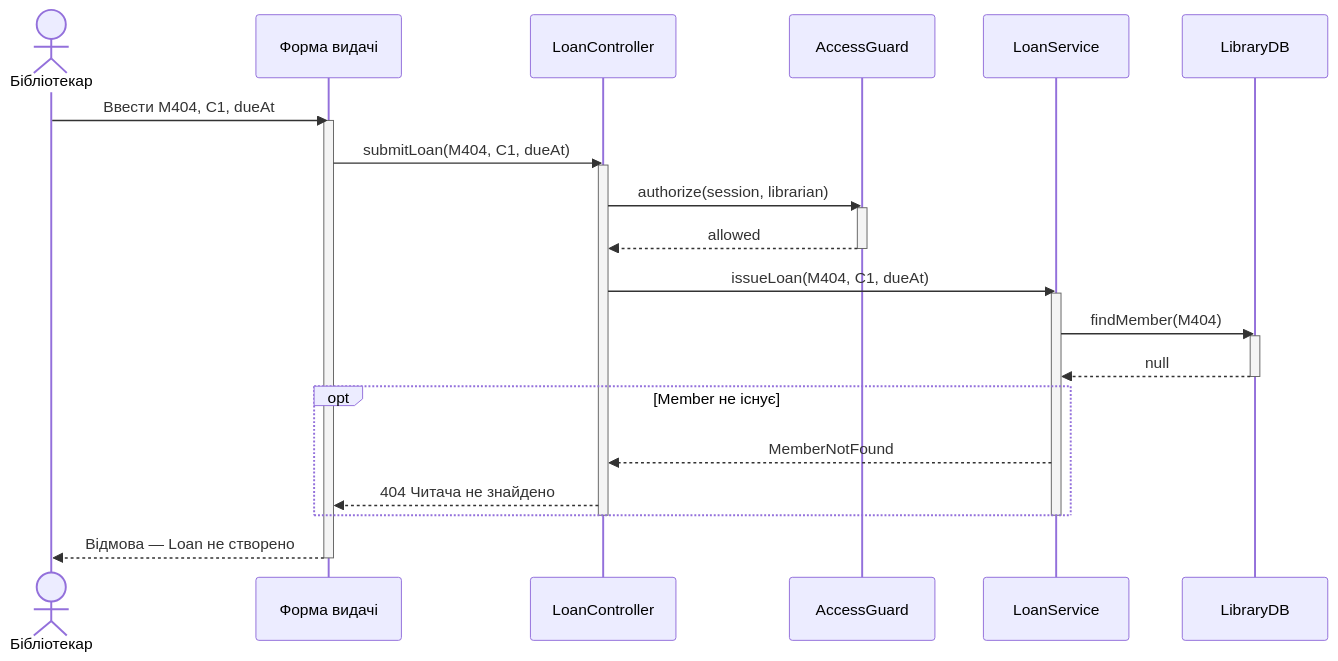
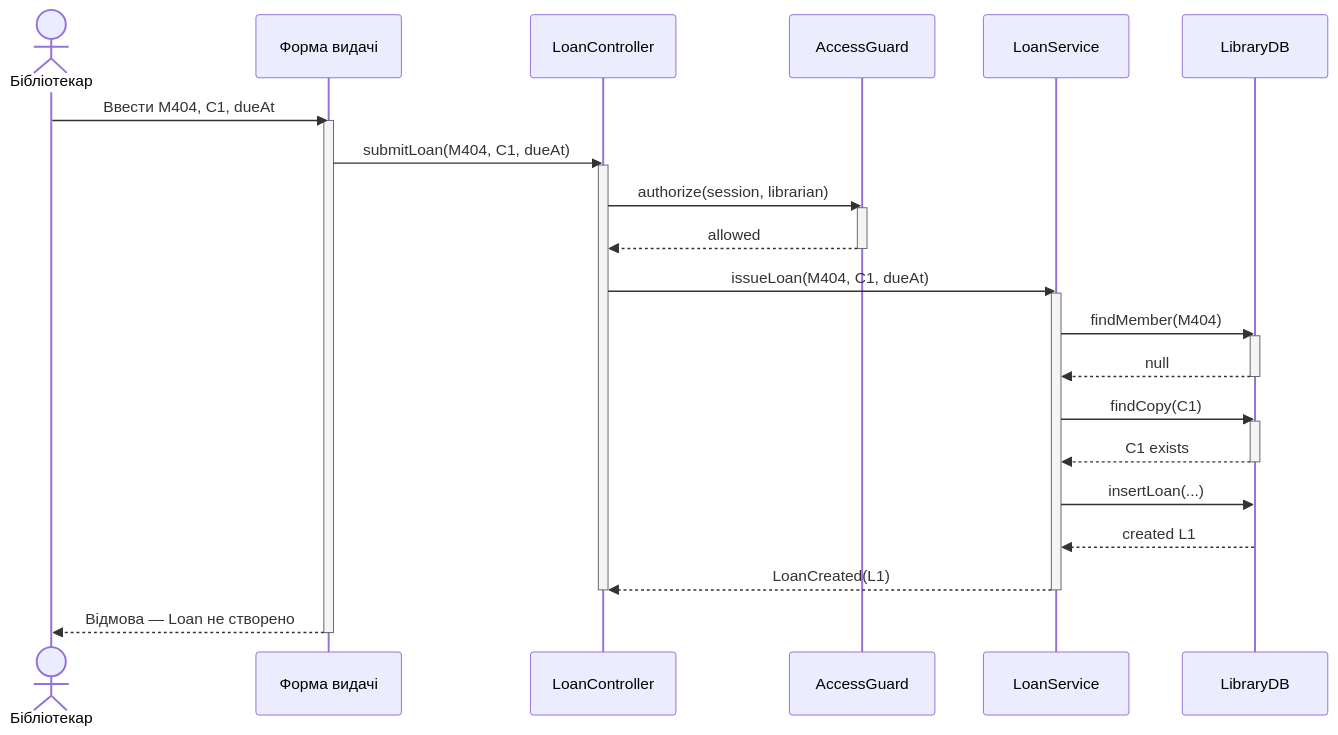
The diagram in sequence/S-05-member-missing.mmd (Alex9011/KPI2-Lab3), drawn with Mermaid before and after one commit. The commit also changed 1 other file, not shown here.

```diff
--- a/sequence/S-05-member-missing.mmd
+++ b/sequence/S-05-member-missing.mmd
@@ -1,30 +1,33 @@
 sequenceDiagram
     %% title: S-05 — Читача не знайдено
     actor B as Бібліотекар
     participant UI as Форма видачі
     participant C as LoanController
     participant A as AccessGuard
     participant S as LoanService
     participant D as LibraryDB
     B->>UI: Ввести M404, C1, dueAt
     activate UI
     UI->>C: submitLoan(M404, C1, dueAt)
     activate C
     C->>A: authorize(session, librarian)
     activate A
     A-->>C: allowed
     deactivate A
     C->>S: issueLoan(M404, C1, dueAt)
     activate S
     S->>D: findMember(M404)
     activate D
     D-->>S: null
     deactivate D
-    opt Member не існує
-        S-->>C: MemberNotFound
-        C-->>UI: 404 Читача не знайдено
-    end
+    S->>D: findCopy(C1)
+    activate D
+    D-->>S: C1 exists
+    deactivate D
+    S->>D: insertLoan(...)
+    D-->>S: created L1
+    S-->>C: LoanCreated(L1)
     deactivate S
     deactivate C
     UI-->>B: Відмова — Loan не створено
     deactivate UI
```
